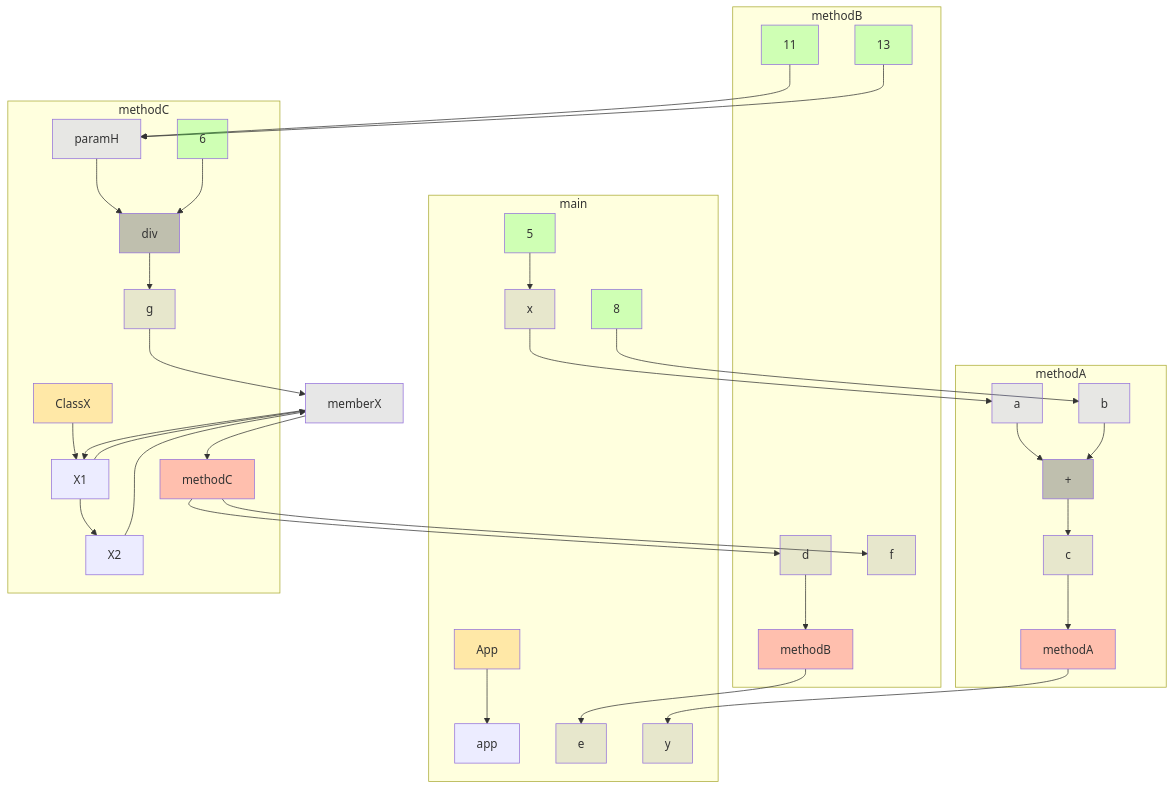
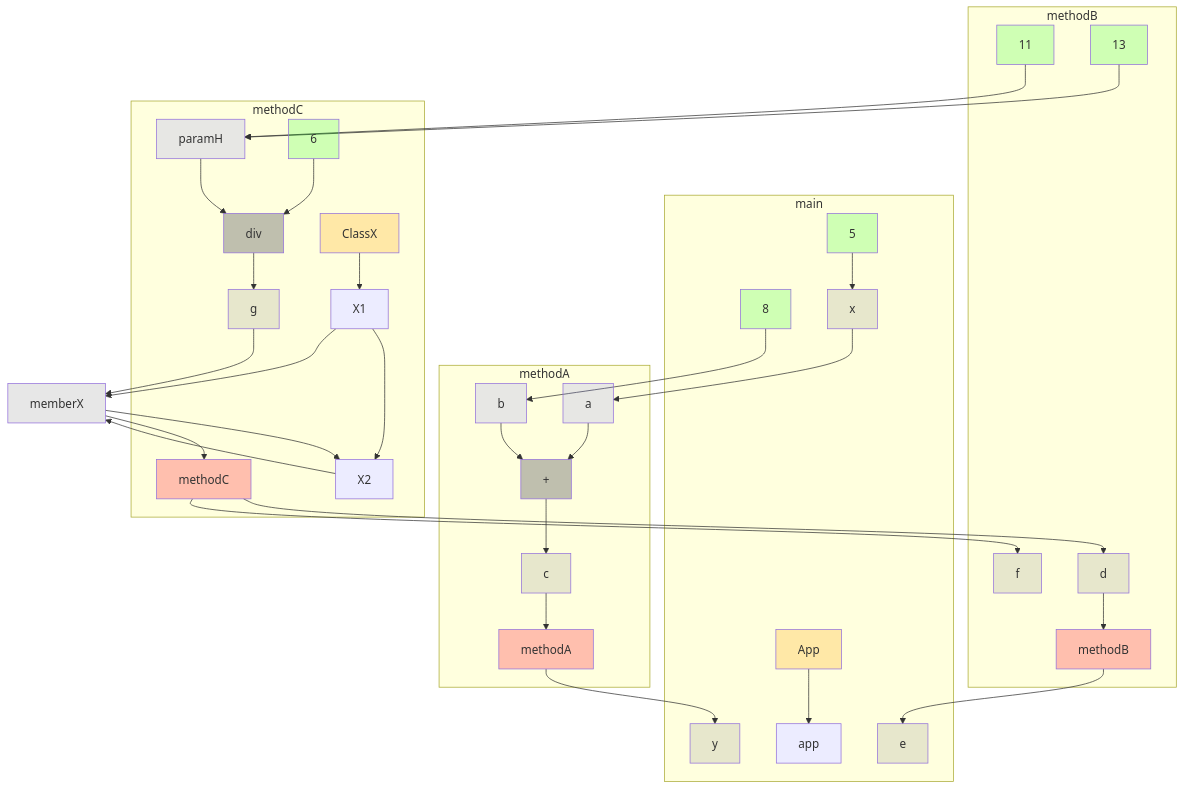
Before and after one commit to gstiebler/codeflow: the diagram in app/src/test/resources/funcCall/spike-truth.md, drawn with Mermaid. The commit also changed 46 other files, not shown here.

````diff
--- a/app/src/test/resources/funcCall/spike-truth.md
+++ b/app/src/test/resources/funcCall/spike-truth.md
@@ -3,69 +3,69 @@
 ```mermaid
 flowchart TD
   subgraph m0["main"]
     n0["App"]:::EXTERNAL
     n1["5"]:::LITERAL
     n2["8"]:::LITERAL
     n3["app"]:::OBJ_VARIABLE
     n4["e"]:::VARIABLE
     n5["x"]:::VARIABLE
     n6["y"]:::VARIABLE
   end
   subgraph m1["methodA"]
     n7["+"]:::BIN_OP
     n8["a"]:::FUNC_PARAM
     n9["b"]:::FUNC_PARAM
     n10["methodA"]:::RETURN
     n11["c"]:::VARIABLE
   end
   subgraph m2["methodB"]
     n12["11"]:::LITERAL
     n13["13"]:::LITERAL
     n14["methodB"]:::RETURN
     n15["d"]:::VARIABLE
     n16["f"]:::VARIABLE
   end
   subgraph m3["methodC"]
     n17["div"]:::BIN_OP
     n18["ClassX"]:::EXTERNAL
     n19["paramH"]:::FUNC_PARAM
     n20["6"]:::LITERAL
-    n21["methodC"]:::RETURN
-    n22["X1"]:::OBJ_VARIABLE
-    n23["X2"]:::OBJ_VARIABLE
+    n21["X1"]:::OBJ_VARIABLE
+    n22["X2"]:::OBJ_VARIABLE
+    n23["methodC"]:::RETURN
     n24["g"]:::VARIABLE
   end
   n25["memberX"]:::VARIABLE
   n0 --> n3
   n1 --> n5
   n10 --> n6
   n11 --> n10
   n12 --> n19
   n13 --> n19
   n14 --> n4
   n15 --> n14
   n17 --> n24
-  n18 --> n22
+  n18 --> n21
   n19 --> n17
   n2 --> n9
   n20 --> n17
-  n21 --> n15
-  n21 --> n16
-  n22 --> n23
+  n21 --> n22
+  n21 --> n25
   n22 --> n25
-  n23 --> n25
+  n23 --> n15
+  n23 --> n16
   n24 --> n25
-  n25 --> n21
   n25 --> n22
+  n25 --> n23
   n5 --> n8
   n7 --> n11
   n8 --> n7
   n9 --> n7
   classDef LITERAL fill:#00FF0030
   classDef VARIABLE fill:#80808030
   classDef BIN_OP fill:#80808080
   classDef FUNC_PARAM fill:#8080FF30
   classDef RETURN fill:#FF808080
   classDef EXTERNAL fill:#FFA50040
   classDef UNMODELLED fill:#FF000030,stroke-dasharray: 4 2
 ```
````
